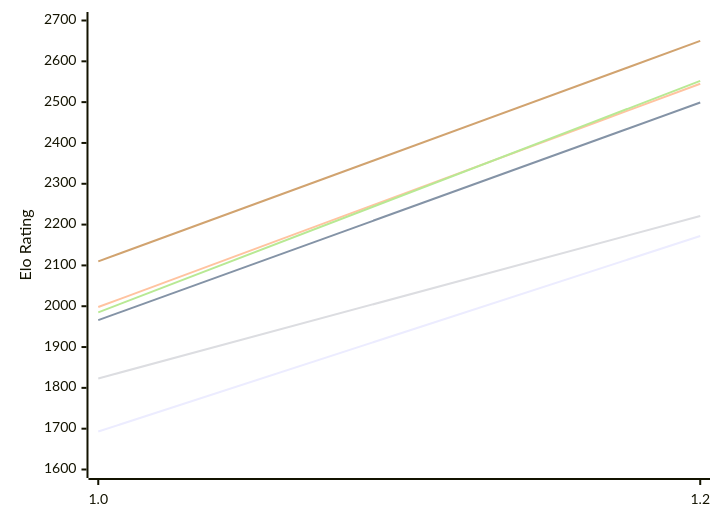
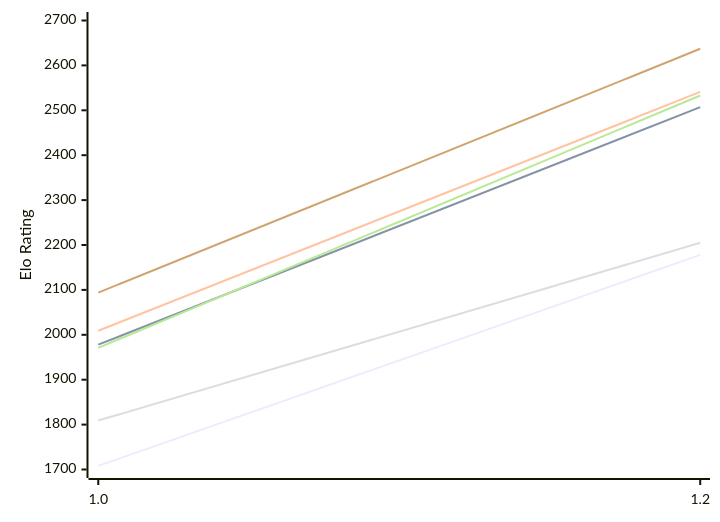
One commit to computer-chess-index/cci changed the first of 2 diagrams in engines/Echekinator.md. Above: the diagram before and after it, drawn with Mermaid. The commit also changed other lines of this file, not shown here.

Commit message:
Update CCI Ratings (ELO VLTC) - 2026-10-18

````diff
--- a/engines/Echekinator.md
+++ b/engines/Echekinator.md
@@ -50,12 +50,12 @@
 ```mermaid
 %%{init: {"theme":"base","themeVariables":{"seriesColors:['#a3a3a3','#222221','#faa371']}}}%%
 xychart-beta
   x-axis ["1.0", "1.2"]
-  y-axis "Elo Rating" 1600 --> 2700
-  line "E1: STC (8.0+0.08s)" [1693, 2172]
-  line "E1: LTC (60.0+0.60s)" [1966, 2499]
-  line "E1: VLTC (2m24s+1.12s)" [1998, 2545]
-  line "P1: STC (8.0+0.08s)" [1823, 2221]
-  line "P1: LTC (60.0+0.60s)" [1985, 2552]
-  line "P1: VLTC (2m24s+1.12s)" [2110, 2650]
+  y-axis "Elo Rating" 1700 --> 2700
+  line "E1: STC (8.0+0.08s)" [1708, 2178]
+  line "E1: LTC (60.0+0.60s)" [1978, 2507]
+  line "E1: VLTC (2m24s+1.12s)" [2009, 2541]
+  line "P1: STC (8.0+0.08s)" [1809, 2205]
+  line "P1: LTC (60.0+0.60s)" [1971, 2533]
+  line "P1: VLTC (2m24s+1.12s)" [2094, 2637]
 ```
````
